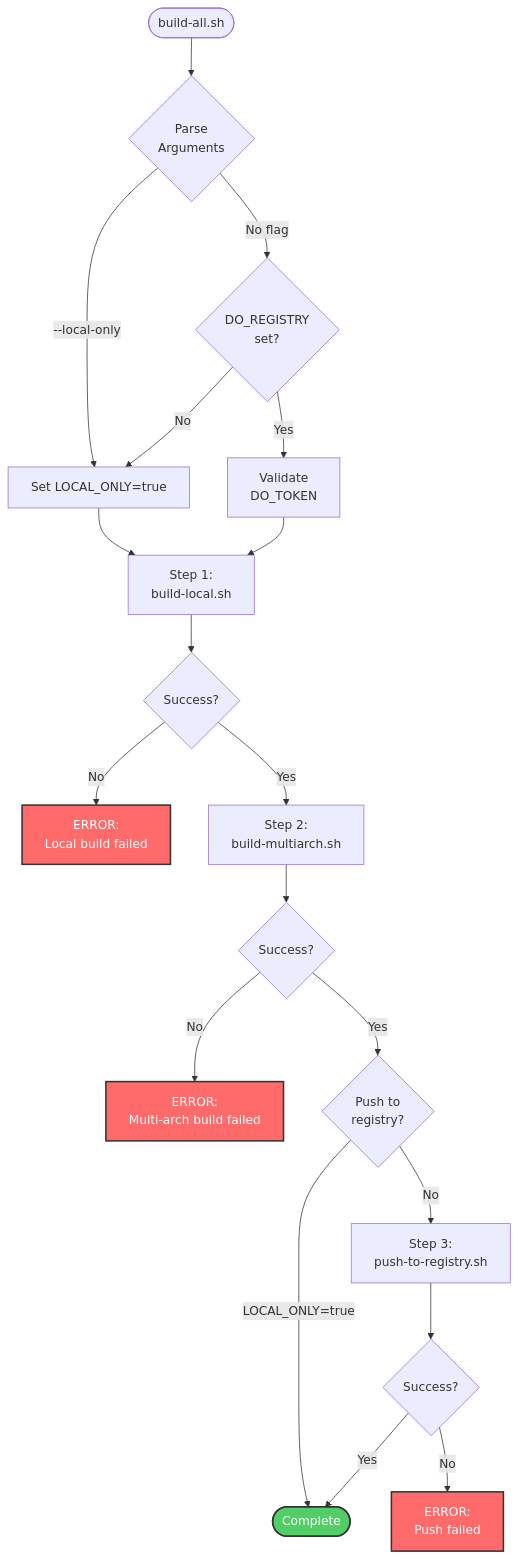
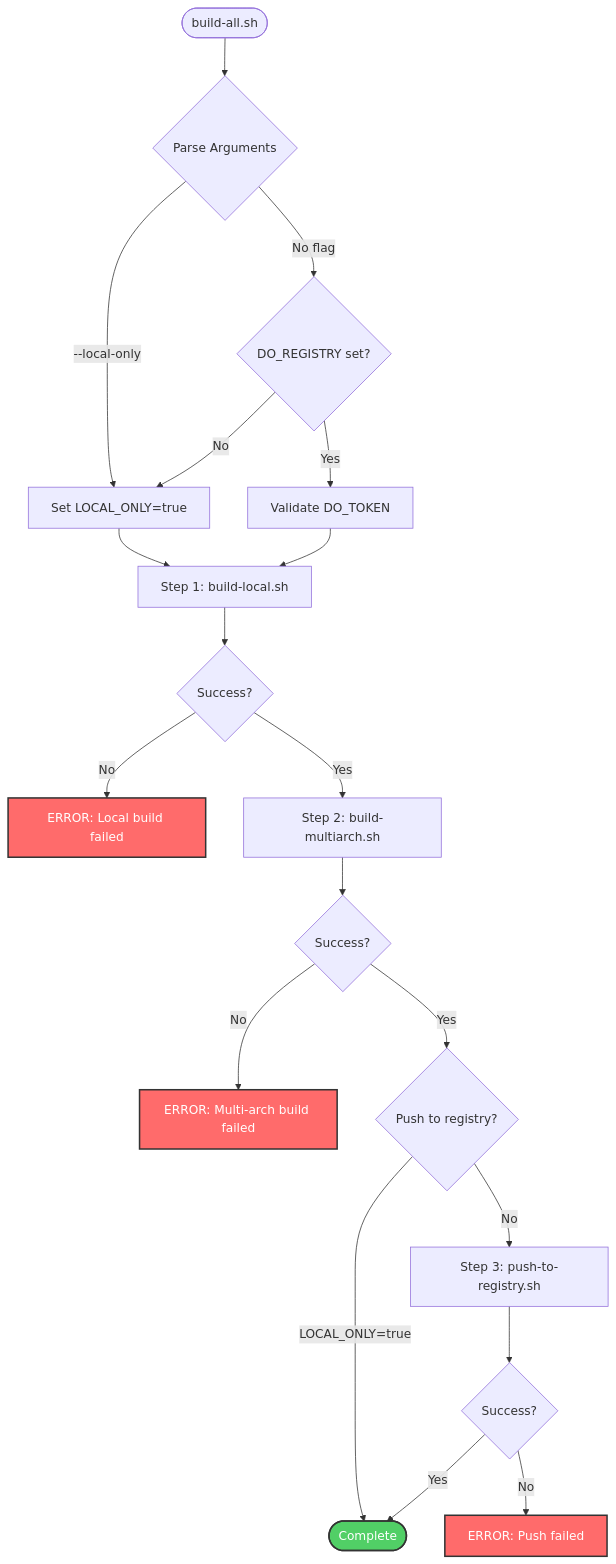
One commit to softwarewrighter/dev-proxy changed the fifth of 16 diagrams in wiki/Build-Process.md. Above: the diagram before and after it, drawn with Mermaid. The commit also changed other lines of this file and 6 other files, not shown here.

First line of the commit message:
Fix wiki Mermaid diagrams: remove <br/> tags

````diff
--- a/wiki/Build-Process.md
+++ b/wiki/Build-Process.md
@@ -207,33 +207,33 @@
 ```mermaid
 graph TB
-    Start([build-all.sh]) --> Parse{Parse<br/>Arguments}
+    Start([build-all.sh]) --> Parse{Parse Arguments}
 
     Parse -->|--local-only| LocalOnly[Set LOCAL_ONLY=true]
-    Parse -->|No flag| CheckRegistry{DO_REGISTRY<br/>set?}
+    Parse -->|No flag| CheckRegistry{DO_REGISTRY set?}
 
     CheckRegistry -->|No| LocalOnly
-    CheckRegistry -->|Yes| ValidateVars[Validate<br/>DO_TOKEN]
+    CheckRegistry -->|Yes| ValidateVars[Validate DO_TOKEN]
 
-    LocalOnly --> Step1[Step 1:<br/>build-local.sh]
+    LocalOnly --> Step1[Step 1: build-local.sh]
     ValidateVars --> Step1
 
     Step1 --> Step1Check{Success?}
-    Step1Check -->|No| Error1[ERROR:<br/>Local build failed]
-    Step1Check -->|Yes| Step2[Step 2:<br/>build-multiarch.sh]
+    Step1Check -->|No| Error1[ERROR: Local build failed]
+    Step1Check -->|Yes| Step2[Step 2: build-multiarch.sh]
 
     Step2 --> Step2Check{Success?}
-    Step2Check -->|No| Error2[ERROR:<br/>Multi-arch build failed]
-    Step2Check -->|Yes| CheckPush{Push to<br/>registry?}
+    Step2Check -->|No| Error2[ERROR: Multi-arch build failed]
+    Step2Check -->|Yes| CheckPush{Push to registry?}
 
     CheckPush -->|LOCAL_ONLY=true| Success
-    CheckPush -->|No| Step3[Step 3:<br/>push-to-registry.sh]
+    CheckPush -->|No| Step3[Step 3: push-to-registry.sh]
 
     Step3 --> Step3Check{Success?}
-    Step3Check -->|No| Error3[ERROR:<br/>Push failed]
+    Step3Check -->|No| Error3[ERROR: Push failed]
     Step3Check -->|Yes| Success([Complete])
 
     style Error1 fill:#ff6b6b,stroke:#333,stroke-width:2px,color:#fff
     style Error2 fill:#ff6b6b,stroke:#333,stroke-width:2px,color:#fff
     style Error3 fill:#ff6b6b,stroke:#333,stroke-width:2px,color:#fff
     style Success fill:#51cf66,stroke:#333,stroke-width:2px,color:#fff
 ```
````
